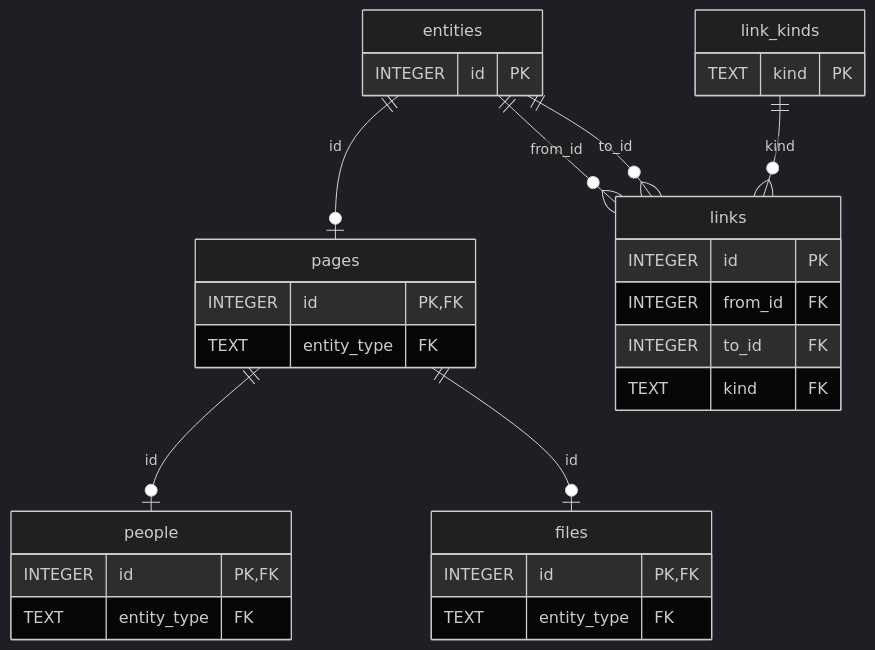
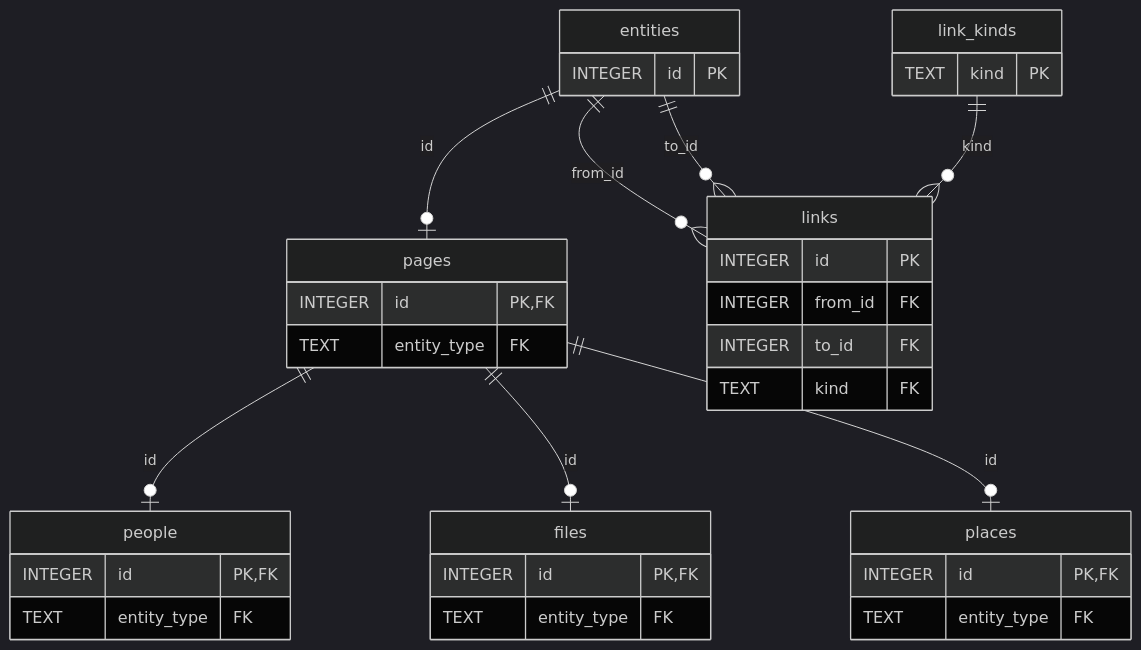
Before and after one commit to alexradunet/lifelogdb: the first of 2 diagrams in docs/architecture/entity-model.md, drawn with Mermaid (dark theme). The commit also changed other lines of this file and 47 other files, not shown here.

````diff
--- a/docs/architecture/entity-model.md
+++ b/docs/architecture/entity-model.md
@@ -17,35 +18,40 @@
 ```mermaid
 %% diagram: er-core
 erDiagram
     entities ||--o| pages    : "id"
     pages    ||--o| people   : "id"
     pages    ||--o| files    : "id"
+    pages    ||--o| places   : "id"
     entities ||--o{ links    : "from_id"
     entities ||--o{ links    : "to_id"
     link_kinds ||--o{ links  : "kind"
 
     entities {
         INTEGER id PK
     }
     pages {
         INTEGER id PK, FK
         TEXT entity_type FK
     }
     people {
         INTEGER id PK, FK
         TEXT entity_type FK
     }
     files {
         INTEGER id PK, FK
         TEXT entity_type FK
     }
+    places {
+        INTEGER id PK, FK
+        TEXT entity_type FK
+    }
     links {
         INTEGER id PK
         INTEGER from_id FK
         INTEGER to_id FK
         TEXT kind FK
     }
     link_kinds {
         TEXT kind PK
     }
 ```
````
